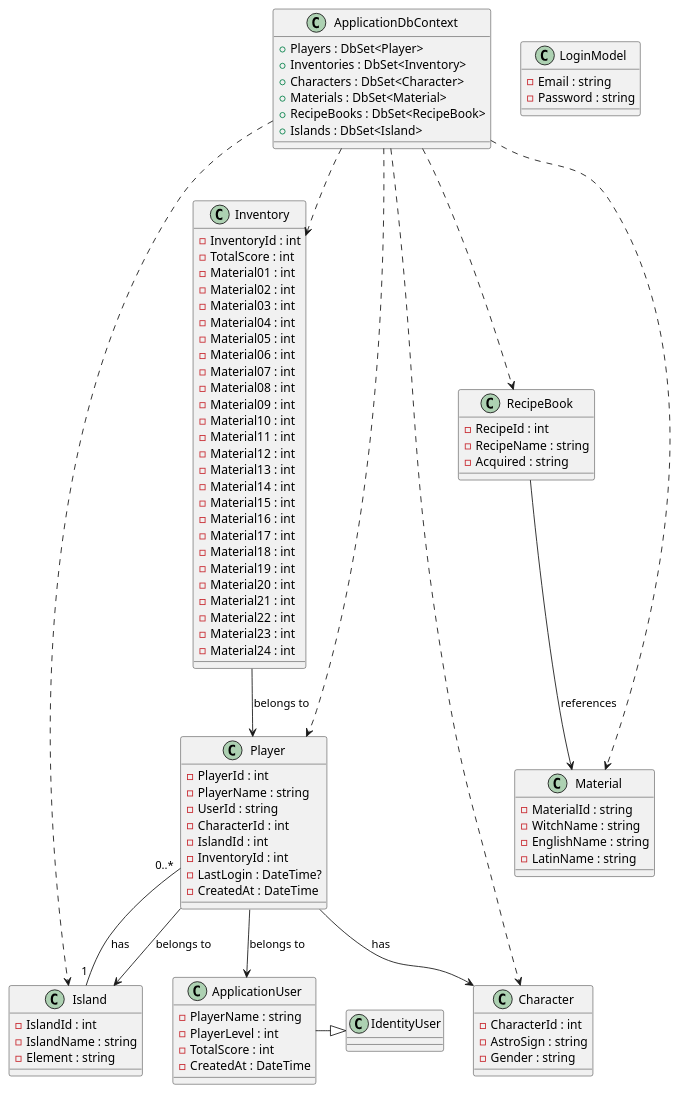
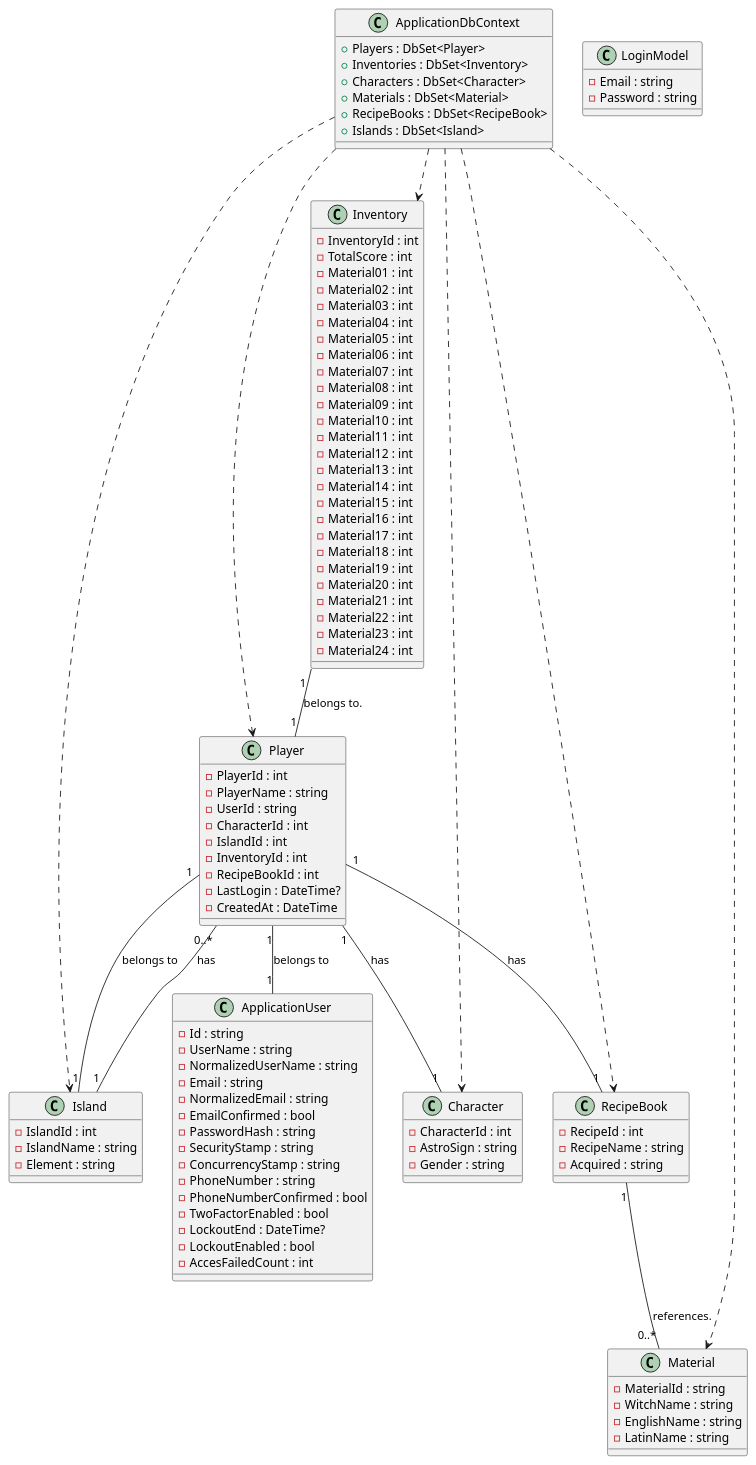
One commit to PBB2020/AstroWheelAPI changed the diagram in UML Diagrams/domain-model.puml. Above: the diagram before and after it, drawn with PlantUML.

Commit message:
UML diagram

```diff
--- a/UML Diagrams/domain-model.puml
+++ b/UML Diagrams/domain-model.puml
@@ -1,131 +1,142 @@
 @startuml
 
 ' ---------------------------
 ' Alapos osztályok definiálása
 ' ---------------------------
 
-' IdentityUser - placeholder, mivel az ApplicationUser ezt örökli
-class IdentityUser
-
 class ApplicationUser {
-  - PlayerName : string
-  - PlayerLevel : int
-  - TotalScore : int
-  - CreatedAt : DateTime
+	- Id : string
+	- UserName : string
+	- NormalizedUserName : string
+	- Email : string
+	- NormalizedEmail : string
+	- EmailConfirmed : bool
+	- PasswordHash : string
+	- SecurityStamp : string
+	- ConcurrencyStamp : string
+	- PhoneNumber : string
+	- PhoneNumberConfirmed : bool
+	- TwoFactorEnabled : bool
+	- LockoutEnd : DateTime?
+	- LockoutEnabled : bool
+	- AccesFailedCount : int
 }
-ApplicationUser -|> IdentityUser
 
 class Character {
   - CharacterId : int
   - AstroSign : string
   - Gender : string
 }
 
 class Inventory {
   - InventoryId : int
   - TotalScore : int
   - Material01 : int
   - Material02 : int
   - Material03 : int
   - Material04 : int
   - Material05 : int
   - Material06 : int
   - Material07 : int
   - Material08 : int
   - Material09 : int
   - Material10 : int
   - Material11 : int
   - Material12 : int
   - Material13 : int
   - Material14 : int
   - Material15 : int
   - Material16 : int
   - Material17 : int
   - Material18 : int
   - Material19 : int
   - Material20 : int
   - Material21 : int
   - Material22 : int
   - Material23 : int
   - Material24 : int
 }
 
 class Island {
   - IslandId : int
   - IslandName : string
   - Element : string
 }
 
 class LoginModel {
   - Email : string
   - Password : string
 }
 
 class Material {
   - MaterialId : string
   - WitchName : string
   - EnglishName : string
   - LatinName : string
 }
 
 class Player {
   - PlayerId : int
   - PlayerName : string
   - UserId : string
   - CharacterId : int
   - IslandId : int
   - InventoryId : int
+  - RecipeBookId : int
   - LastLogin : DateTime?
   - CreatedAt : DateTime
 }
 
 class RecipeBook {
   - RecipeId : int
   - RecipeName : string
   - Acquired : string
 }
 
 ' ---------------------------
 ' Kapcsolatok beállítása
 ' ---------------------------
 
 ' Inventory "belongs to" Player (a PlayerId alapján)
-Inventory --> Player : belongs to
+Inventory "1" -- "1" Player : belongs to.
 
 ' Island-nek több Player-je van
 Island "1" -- "0..*" Player : has
 
 ' Player kapcsolódik az ApplicationUser-hez
-Player --> ApplicationUser : belongs to
+Player "1" -- "1" ApplicationUser : belongs to
 
 ' Player rendelkezik egy Character-rel
-Player --> Character : has
+Player "1" -- "1" Character : has
+
+' Player rendelkezik egy RecipeBook-kal
+Player "1" -- "1" RecipeBook : has
 
 ' (Már jelöltük az Island kapcsolatot a Player-rel, ezért ezt opcionálisan is meg lehet jelölni)
-Player --> Island : belongs to
+Player "1" -- "1" Island : belongs to
 
 ' RecipeBook hivatkozik a Material-re (MatId alapján)
-RecipeBook --> Material : references
+RecipeBook "1" -- "0..*" Material : references.
 
 ' ---------------------------
 ' ApplicationDbContext osztály (DbSet-ekkel)
 ' ---------------------------
 
 class ApplicationDbContext {
   + Players : DbSet<Player>
   + Inventories : DbSet<Inventory>
   + Characters : DbSet<Character>
   + Materials : DbSet<Material>
   + RecipeBooks : DbSet<RecipeBook>
   + Islands : DbSet<Island>
 }
 
 ' A context "has" a domain entitásokat (lágy függőségek)
 ApplicationDbContext ..> Player
 ApplicationDbContext ..> Inventory
 ApplicationDbContext ..> Character
 ApplicationDbContext ..> Material
 ApplicationDbContext ..> RecipeBook
 ApplicationDbContext ..> Island
 
 @enduml
```
